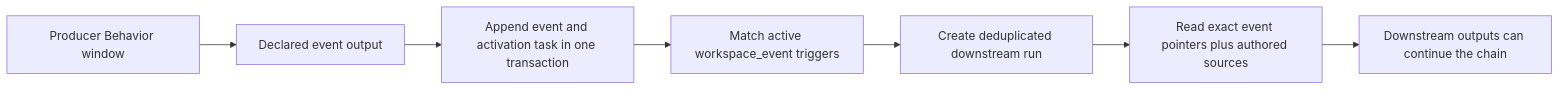
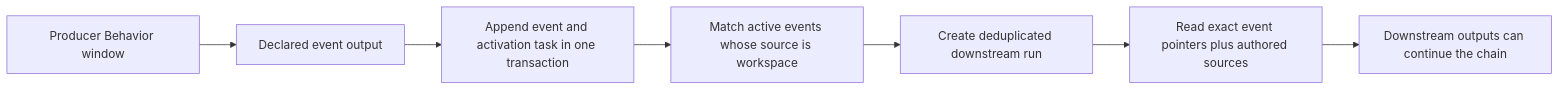
Before and after one commit to buremba/peerbot: the diagram in docs/BEHAVIORS.md, drawn with Mermaid. The commit also changed other lines of this file and 24 other files, not shown here.

````diff
--- a/docs/BEHAVIORS.md
+++ b/docs/BEHAVIORS.md
@@ -57,9 +68,9 @@
 ```mermaid
 flowchart LR
   A["Producer Behavior window"] --> B["Declared event output"]
   B --> C["Append event and activation task in one transaction"]
-  C --> D["Match active workspace_event triggers"]
+  C --> D["Match active events whose source is workspace"]
   D --> E["Create deduplicated downstream run"]
   E --> F["Read exact event pointers plus authored sources"]
   F --> G["Downstream outputs can continue the chain"]
 ```
````
